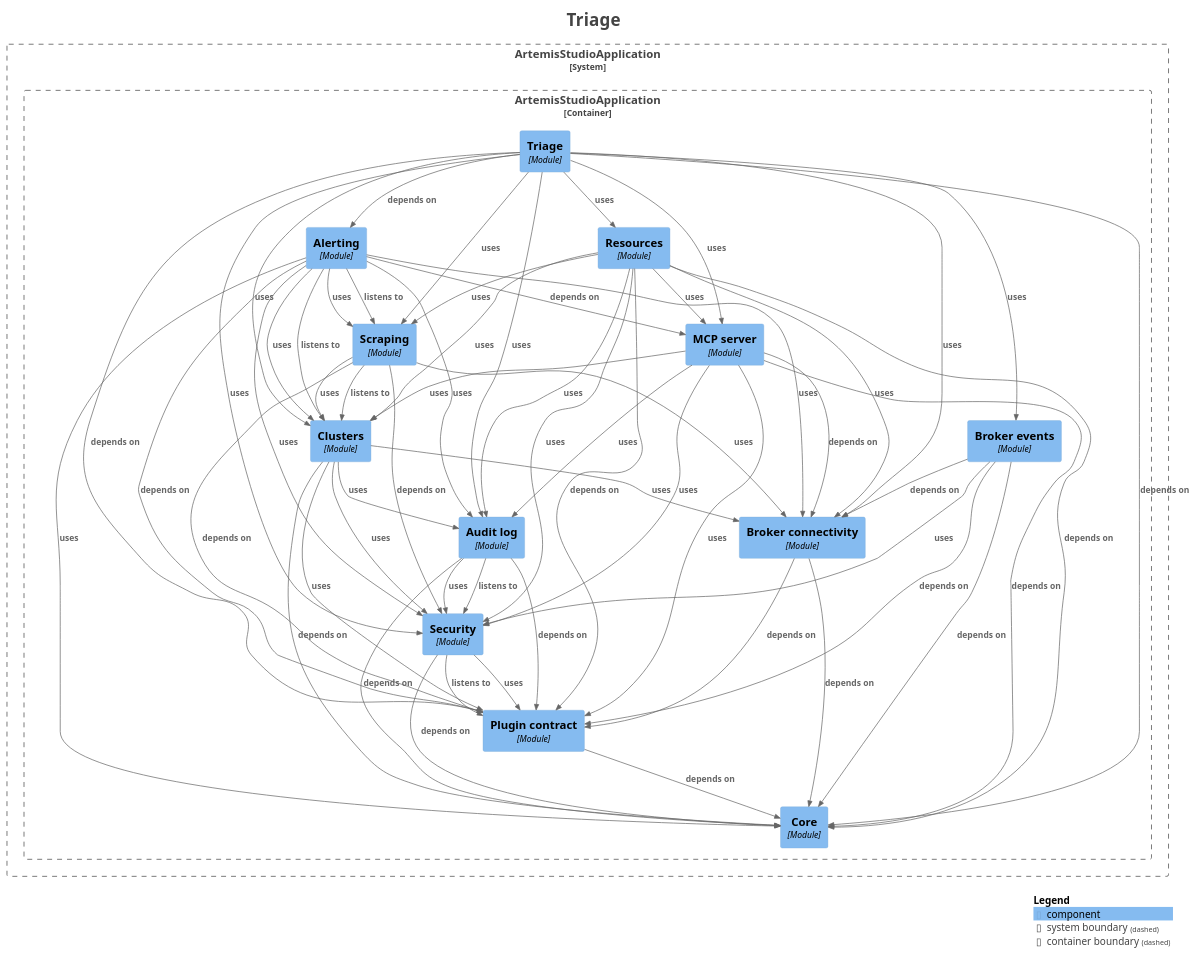
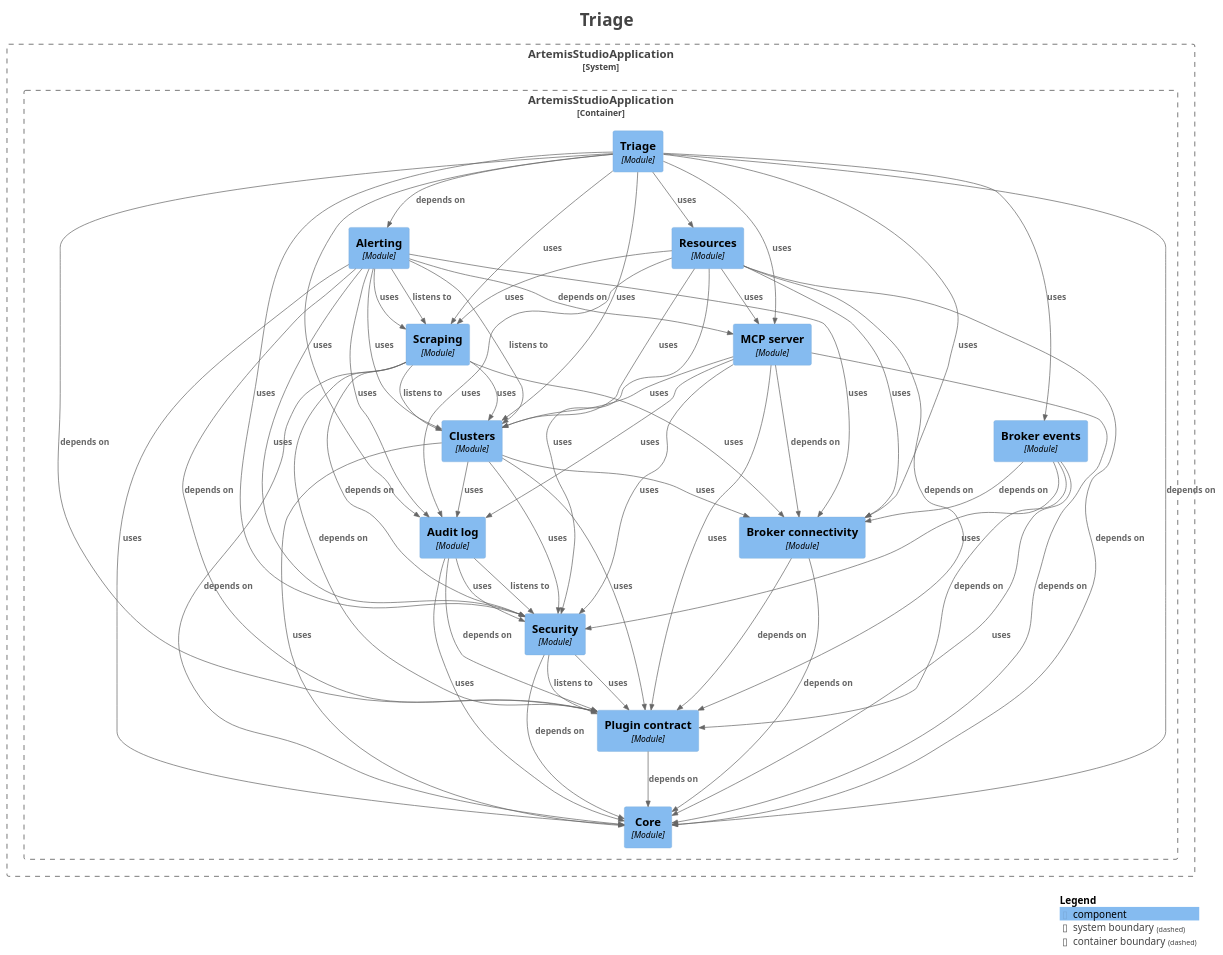
The diagram in docs/modules/module-feature.triage.puml (sudoitir/artemis-studio), drawn with PlantUML before and after one commit. The commit also changed 84 other files, not shown here.

```diff
--- a/docs/modules/module-feature.triage.puml
+++ b/docs/modules/module-feature.triage.puml
@@ -1,98 +1,99 @@
 @startuml
 title <size:24>Triage</size>
 
 set separator none
 top to bottom direction
 
 <style>
   root {
     BackgroundColor: #ffffff
     FontColor: #444444
   }
 </style>
 
 !include <C4/C4>
 !include <C4/C4_Context>
 !include <C4/C4_Component>
 
 System_Boundary("ArtemisStudioApplication_boundary", "ArtemisStudioApplication", $tags="") {
   Container_Boundary("ArtemisStudioApplication.ArtemisStudioApplication_boundary", "ArtemisStudioApplication", $tags="") {
     Component(ArtemisStudioApplication.ArtemisStudioApplication.Alerting, "Alerting", $techn="Module", $descr="", $tags="", $link="")
     Component(ArtemisStudioApplication.ArtemisStudioApplication.Auditlog, "Audit log", $techn="Module", $descr="", $tags="", $link="")
     Component(ArtemisStudioApplication.ArtemisStudioApplication.Brokerconnectivity, "Broker connectivity", $techn="Module", $descr="", $tags="", $link="")
     Component(ArtemisStudioApplication.ArtemisStudioApplication.Brokerevents, "Broker events", $techn="Module", $descr="", $tags="", $link="")
     Component(ArtemisStudioApplication.ArtemisStudioApplication.Clusters, "Clusters", $techn="Module", $descr="", $tags="", $link="")
     Component(ArtemisStudioApplication.ArtemisStudioApplication.Core, "Core", $techn="Module", $descr="", $tags="", $link="")
     Component(ArtemisStudioApplication.ArtemisStudioApplication.MCPserver, "MCP server", $techn="Module", $descr="", $tags="", $link="")
     Component(ArtemisStudioApplication.ArtemisStudioApplication.Plugincontract, "Plugin contract", $techn="Module", $descr="", $tags="", $link="")
     Component(ArtemisStudioApplication.ArtemisStudioApplication.Resources, "Resources", $techn="Module", $descr="", $tags="", $link="")
     Component(ArtemisStudioApplication.ArtemisStudioApplication.Scraping, "Scraping", $techn="Module", $descr="", $tags="", $link="")
     Component(ArtemisStudioApplication.ArtemisStudioApplication.Security, "Security", $techn="Module", $descr="", $tags="", $link="")
     Component(ArtemisStudioApplication.ArtemisStudioApplication.Triage, "Triage", $techn="Module", $descr="", $tags="", $link="")
   }
 
 }
 
 Rel(ArtemisStudioApplication.ArtemisStudioApplication.Alerting, ArtemisStudioApplication.ArtemisStudioApplication.Auditlog, "uses", $techn="", $tags="", $link="")
 Rel(ArtemisStudioApplication.ArtemisStudioApplication.Alerting, ArtemisStudioApplication.ArtemisStudioApplication.Brokerconnectivity, "uses", $techn="", $tags="", $link="")
 Rel(ArtemisStudioApplication.ArtemisStudioApplication.Alerting, ArtemisStudioApplication.ArtemisStudioApplication.Clusters, "listens to", $techn="", $tags="", $link="")
 Rel(ArtemisStudioApplication.ArtemisStudioApplication.Alerting, ArtemisStudioApplication.ArtemisStudioApplication.Clusters, "uses", $techn="", $tags="", $link="")
 Rel(ArtemisStudioApplication.ArtemisStudioApplication.Alerting, ArtemisStudioApplication.ArtemisStudioApplication.Core, "uses", $techn="", $tags="", $link="")
 Rel(ArtemisStudioApplication.ArtemisStudioApplication.Alerting, ArtemisStudioApplication.ArtemisStudioApplication.MCPserver, "depends on", $techn="", $tags="", $link="")
 Rel(ArtemisStudioApplication.ArtemisStudioApplication.Alerting, ArtemisStudioApplication.ArtemisStudioApplication.Plugincontract, "depends on", $techn="", $tags="", $link="")
 Rel(ArtemisStudioApplication.ArtemisStudioApplication.Alerting, ArtemisStudioApplication.ArtemisStudioApplication.Scraping, "listens to", $techn="", $tags="", $link="")
 Rel(ArtemisStudioApplication.ArtemisStudioApplication.Alerting, ArtemisStudioApplication.ArtemisStudioApplication.Scraping, "uses", $techn="", $tags="", $link="")
 Rel(ArtemisStudioApplication.ArtemisStudioApplication.Alerting, ArtemisStudioApplication.ArtemisStudioApplication.Security, "uses", $techn="", $tags="", $link="")
-Rel(ArtemisStudioApplication.ArtemisStudioApplication.Auditlog, ArtemisStudioApplication.ArtemisStudioApplication.Core, "depends on", $techn="", $tags="", $link="")
+Rel(ArtemisStudioApplication.ArtemisStudioApplication.Auditlog, ArtemisStudioApplication.ArtemisStudioApplication.Core, "uses", $techn="", $tags="", $link="")
 Rel(ArtemisStudioApplication.ArtemisStudioApplication.Auditlog, ArtemisStudioApplication.ArtemisStudioApplication.Plugincontract, "depends on", $techn="", $tags="", $link="")
 Rel(ArtemisStudioApplication.ArtemisStudioApplication.Auditlog, ArtemisStudioApplication.ArtemisStudioApplication.Security, "listens to", $techn="", $tags="", $link="")
 Rel(ArtemisStudioApplication.ArtemisStudioApplication.Auditlog, ArtemisStudioApplication.ArtemisStudioApplication.Security, "uses", $techn="", $tags="", $link="")
 Rel(ArtemisStudioApplication.ArtemisStudioApplication.Brokerconnectivity, ArtemisStudioApplication.ArtemisStudioApplication.Core, "depends on", $techn="", $tags="", $link="")
 Rel(ArtemisStudioApplication.ArtemisStudioApplication.Brokerconnectivity, ArtemisStudioApplication.ArtemisStudioApplication.Plugincontract, "depends on", $techn="", $tags="", $link="")
 Rel(ArtemisStudioApplication.ArtemisStudioApplication.Brokerevents, ArtemisStudioApplication.ArtemisStudioApplication.Brokerconnectivity, "depends on", $techn="", $tags="", $link="")
-Rel(ArtemisStudioApplication.ArtemisStudioApplication.Brokerevents, ArtemisStudioApplication.ArtemisStudioApplication.Core, "depends on", $techn="", $tags="", $link="")
+Rel(ArtemisStudioApplication.ArtemisStudioApplication.Brokerevents, ArtemisStudioApplication.ArtemisStudioApplication.Core, "uses", $techn="", $tags="", $link="")
 Rel(ArtemisStudioApplication.ArtemisStudioApplication.Brokerevents, ArtemisStudioApplication.ArtemisStudioApplication.Plugincontract, "depends on", $techn="", $tags="", $link="")
 Rel(ArtemisStudioApplication.ArtemisStudioApplication.Brokerevents, ArtemisStudioApplication.ArtemisStudioApplication.Security, "uses", $techn="", $tags="", $link="")
 Rel(ArtemisStudioApplication.ArtemisStudioApplication.Clusters, ArtemisStudioApplication.ArtemisStudioApplication.Auditlog, "uses", $techn="", $tags="", $link="")
 Rel(ArtemisStudioApplication.ArtemisStudioApplication.Clusters, ArtemisStudioApplication.ArtemisStudioApplication.Brokerconnectivity, "uses", $techn="", $tags="", $link="")
-Rel(ArtemisStudioApplication.ArtemisStudioApplication.Clusters, ArtemisStudioApplication.ArtemisStudioApplication.Core, "depends on", $techn="", $tags="", $link="")
+Rel(ArtemisStudioApplication.ArtemisStudioApplication.Clusters, ArtemisStudioApplication.ArtemisStudioApplication.Core, "uses", $techn="", $tags="", $link="")
 Rel(ArtemisStudioApplication.ArtemisStudioApplication.Clusters, ArtemisStudioApplication.ArtemisStudioApplication.Plugincontract, "uses", $techn="", $tags="", $link="")
 Rel(ArtemisStudioApplication.ArtemisStudioApplication.Clusters, ArtemisStudioApplication.ArtemisStudioApplication.Security, "uses", $techn="", $tags="", $link="")
 Rel(ArtemisStudioApplication.ArtemisStudioApplication.MCPserver, ArtemisStudioApplication.ArtemisStudioApplication.Auditlog, "uses", $techn="", $tags="", $link="")
 Rel(ArtemisStudioApplication.ArtemisStudioApplication.MCPserver, ArtemisStudioApplication.ArtemisStudioApplication.Brokerconnectivity, "depends on", $techn="", $tags="", $link="")
 Rel(ArtemisStudioApplication.ArtemisStudioApplication.MCPserver, ArtemisStudioApplication.ArtemisStudioApplication.Clusters, "uses", $techn="", $tags="", $link="")
 Rel(ArtemisStudioApplication.ArtemisStudioApplication.MCPserver, ArtemisStudioApplication.ArtemisStudioApplication.Core, "depends on", $techn="", $tags="", $link="")
 Rel(ArtemisStudioApplication.ArtemisStudioApplication.MCPserver, ArtemisStudioApplication.ArtemisStudioApplication.Plugincontract, "uses", $techn="", $tags="", $link="")
 Rel(ArtemisStudioApplication.ArtemisStudioApplication.MCPserver, ArtemisStudioApplication.ArtemisStudioApplication.Security, "uses", $techn="", $tags="", $link="")
 Rel(ArtemisStudioApplication.ArtemisStudioApplication.Plugincontract, ArtemisStudioApplication.ArtemisStudioApplication.Core, "depends on", $techn="", $tags="", $link="")
 Rel(ArtemisStudioApplication.ArtemisStudioApplication.Resources, ArtemisStudioApplication.ArtemisStudioApplication.Auditlog, "uses", $techn="", $tags="", $link="")
 Rel(ArtemisStudioApplication.ArtemisStudioApplication.Resources, ArtemisStudioApplication.ArtemisStudioApplication.Brokerconnectivity, "uses", $techn="", $tags="", $link="")
 Rel(ArtemisStudioApplication.ArtemisStudioApplication.Resources, ArtemisStudioApplication.ArtemisStudioApplication.Clusters, "uses", $techn="", $tags="", $link="")
 Rel(ArtemisStudioApplication.ArtemisStudioApplication.Resources, ArtemisStudioApplication.ArtemisStudioApplication.Core, "depends on", $techn="", $tags="", $link="")
 Rel(ArtemisStudioApplication.ArtemisStudioApplication.Resources, ArtemisStudioApplication.ArtemisStudioApplication.MCPserver, "uses", $techn="", $tags="", $link="")
 Rel(ArtemisStudioApplication.ArtemisStudioApplication.Resources, ArtemisStudioApplication.ArtemisStudioApplication.Plugincontract, "depends on", $techn="", $tags="", $link="")
 Rel(ArtemisStudioApplication.ArtemisStudioApplication.Resources, ArtemisStudioApplication.ArtemisStudioApplication.Scraping, "uses", $techn="", $tags="", $link="")
 Rel(ArtemisStudioApplication.ArtemisStudioApplication.Resources, ArtemisStudioApplication.ArtemisStudioApplication.Security, "uses", $techn="", $tags="", $link="")
 Rel(ArtemisStudioApplication.ArtemisStudioApplication.Scraping, ArtemisStudioApplication.ArtemisStudioApplication.Brokerconnectivity, "uses", $techn="", $tags="", $link="")
 Rel(ArtemisStudioApplication.ArtemisStudioApplication.Scraping, ArtemisStudioApplication.ArtemisStudioApplication.Clusters, "listens to", $techn="", $tags="", $link="")
 Rel(ArtemisStudioApplication.ArtemisStudioApplication.Scraping, ArtemisStudioApplication.ArtemisStudioApplication.Clusters, "uses", $techn="", $tags="", $link="")
+Rel(ArtemisStudioApplication.ArtemisStudioApplication.Scraping, ArtemisStudioApplication.ArtemisStudioApplication.Core, "depends on", $techn="", $tags="", $link="")
 Rel(ArtemisStudioApplication.ArtemisStudioApplication.Scraping, ArtemisStudioApplication.ArtemisStudioApplication.Plugincontract, "depends on", $techn="", $tags="", $link="")
 Rel(ArtemisStudioApplication.ArtemisStudioApplication.Scraping, ArtemisStudioApplication.ArtemisStudioApplication.Security, "depends on", $techn="", $tags="", $link="")
 Rel(ArtemisStudioApplication.ArtemisStudioApplication.Security, ArtemisStudioApplication.ArtemisStudioApplication.Core, "depends on", $techn="", $tags="", $link="")
 Rel(ArtemisStudioApplication.ArtemisStudioApplication.Security, ArtemisStudioApplication.ArtemisStudioApplication.Plugincontract, "listens to", $techn="", $tags="", $link="")
 Rel(ArtemisStudioApplication.ArtemisStudioApplication.Security, ArtemisStudioApplication.ArtemisStudioApplication.Plugincontract, "uses", $techn="", $tags="", $link="")
 Rel(ArtemisStudioApplication.ArtemisStudioApplication.Triage, ArtemisStudioApplication.ArtemisStudioApplication.Alerting, "depends on", $techn="", $tags="", $link="")
 Rel(ArtemisStudioApplication.ArtemisStudioApplication.Triage, ArtemisStudioApplication.ArtemisStudioApplication.Auditlog, "uses", $techn="", $tags="", $link="")
 Rel(ArtemisStudioApplication.ArtemisStudioApplication.Triage, ArtemisStudioApplication.ArtemisStudioApplication.Brokerconnectivity, "uses", $techn="", $tags="", $link="")
 Rel(ArtemisStudioApplication.ArtemisStudioApplication.Triage, ArtemisStudioApplication.ArtemisStudioApplication.Brokerevents, "uses", $techn="", $tags="", $link="")
 Rel(ArtemisStudioApplication.ArtemisStudioApplication.Triage, ArtemisStudioApplication.ArtemisStudioApplication.Clusters, "uses", $techn="", $tags="", $link="")
 Rel(ArtemisStudioApplication.ArtemisStudioApplication.Triage, ArtemisStudioApplication.ArtemisStudioApplication.Core, "depends on", $techn="", $tags="", $link="")
 Rel(ArtemisStudioApplication.ArtemisStudioApplication.Triage, ArtemisStudioApplication.ArtemisStudioApplication.MCPserver, "uses", $techn="", $tags="", $link="")
 Rel(ArtemisStudioApplication.ArtemisStudioApplication.Triage, ArtemisStudioApplication.ArtemisStudioApplication.Plugincontract, "depends on", $techn="", $tags="", $link="")
 Rel(ArtemisStudioApplication.ArtemisStudioApplication.Triage, ArtemisStudioApplication.ArtemisStudioApplication.Resources, "uses", $techn="", $tags="", $link="")
 Rel(ArtemisStudioApplication.ArtemisStudioApplication.Triage, ArtemisStudioApplication.ArtemisStudioApplication.Scraping, "uses", $techn="", $tags="", $link="")
 Rel(ArtemisStudioApplication.ArtemisStudioApplication.Triage, ArtemisStudioApplication.ArtemisStudioApplication.Security, "uses", $techn="", $tags="", $link="")
 
 SHOW_LEGEND(true)
 hide stereotypes
 @enduml
```
